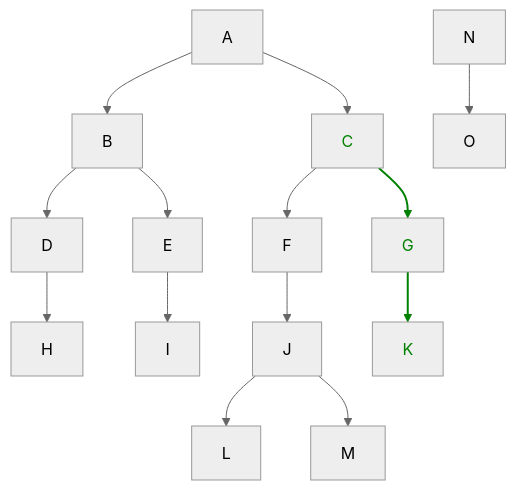
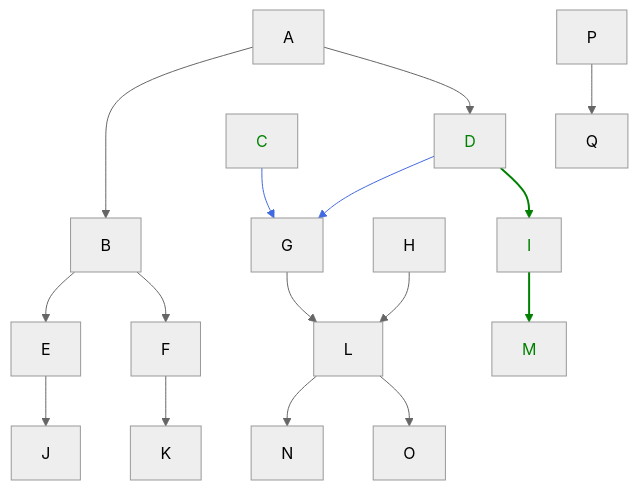
Before and after one commit to bacpack-system/packager: the fourth of 6 diagrams in doc/UseCaseScenarios.md, drawn with Mermaid (neutral theme). The commit also changed other lines of this file, not shown here.

Commit message:
Add more cases to graphs, some doc fixes

````diff
--- a/doc/UseCaseScenarios.md
+++ b/doc/UseCaseScenarios.md
@@ -137,24 +140,27 @@
 ```mermaid
 graph TD
-    A
-    A --> B
-    A --> C
-    B --> D
+    A ---> B
+    A --> D
     B --> E
-    C --> F
+    B --> F
     C --> G
-    D --> H
-    E --> I
-    F --> J
-    G --> K
-    J --> L
-    J --> M
-    N
-    N --> O
+    D --> G
+    H --> L
+    D --> I
+    E --> J
+    F --> K
+    G --> L
+    I --> M
+    L --> N
+    L --> O
+    P --> Q
 
     style C color:green;
-    style G color:green;
-    style K color:green;
-    linkStyle 5 stroke:green,stroke-width:2px;
-    linkStyle 9 stroke:green,stroke-width:2px;
+    style D color:green;
+    style I color:green;
+    style M color:green;
+    linkStyle 4 stroke:royalblue;
+    linkStyle 5 stroke:royalblue;
+    linkStyle 7 stroke:green,stroke-width:2px;
+    linkStyle 11 stroke:green,stroke-width:2px;
 ```
````
